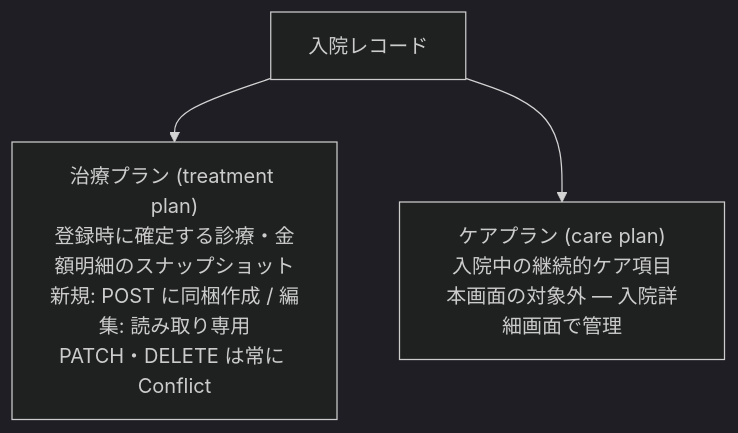
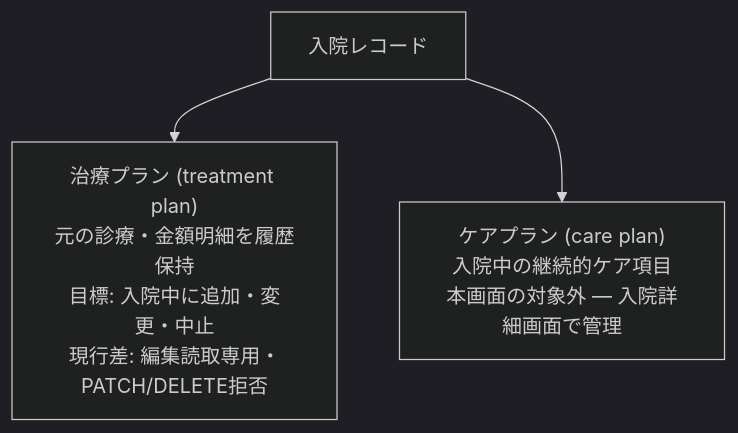
One commit to MinoruSoga/AnimalEkarte changed the diagram in docs/spec/screens/09-hospitalization-form.md. Above: the diagram before and after it, drawn with Mermaid (dark theme). The commit also changed other lines of this file and 69 other files, not shown here.

````diff
--- a/docs/spec/screens/09-hospitalization-form.md
+++ b/docs/spec/screens/09-hospitalization-form.md
@@ -49,5 +57,5 @@
 ```mermaid
 flowchart TB
-    H["入院レコード"] --> TP["治療プラン (treatment plan)<br>登録時に確定する診療・金額明細のスナップショット<br>新規: POST に同梱作成 / 編集: 読み取り専用<br>PATCH・DELETE は常に Conflict"]
+    H["入院レコード"] --> TP["治療プラン (treatment plan)<br>元の診療・金額明細を履歴保持<br>目標: 入院中に追加・変更・中止<br>現行差: 編集読取専用・PATCH/DELETE拒否"]
     H --> CP["ケアプラン (care plan)<br>入院中の継続的ケア項目<br>本画面の対象外 — 入院詳細画面で管理"]
 ```
````
